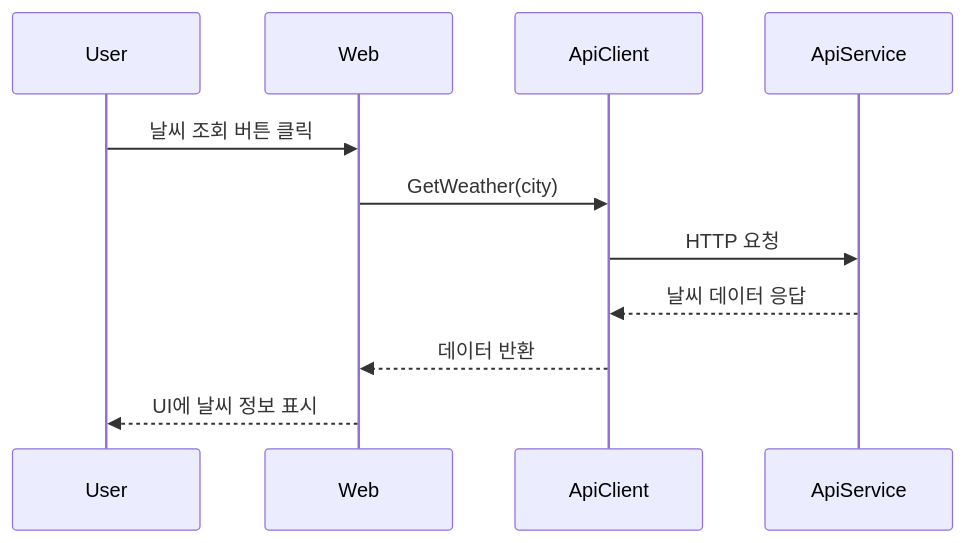
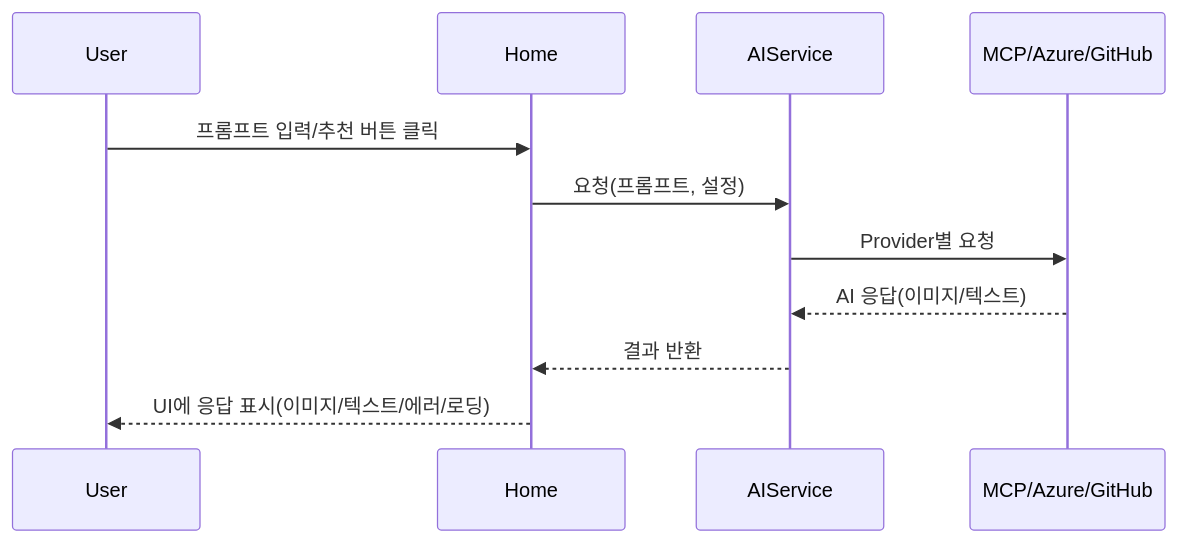
The diagram in design.md (tae0y/Huff-MCP-WebApp-Made-By-Copilot), drawn with Mermaid before and after one commit. The commit also changed other lines of this file, not shown here.

````diff
--- a/design.md
+++ b/design.md
@@ -16,13 +13,13 @@
 ```mermaid
 sequenceDiagram
 participant User
-participant Web
-participant ApiClient
-participant ApiService
-User->>Web: 날씨 조회 버튼 클릭
-Web->>ApiClient: GetWeather(city)
-ApiClient->>ApiService: HTTP 요청
-ApiService-->>ApiClient: 날씨 데이터 응답
-ApiClient-->>Web: 데이터 반환
-Web-->>User: UI에 날씨 정보 표시
+participant Home
+participant AIService
+participant MCP/Azure/GitHub
+User->>Home: 프롬프트 입력/추천 버튼 클릭
+Home->>AIService: 요청(프롬프트, 설정)
+AIService->>MCP/Azure/GitHub: Provider별 요청
+MCP/Azure/GitHub-->>AIService: AI 응답(이미지/텍스트)
+AIService-->>Home: 결과 반환
+Home-->>User: UI에 응답 표시(이미지/텍스트/에러/로딩)
 ```
````
